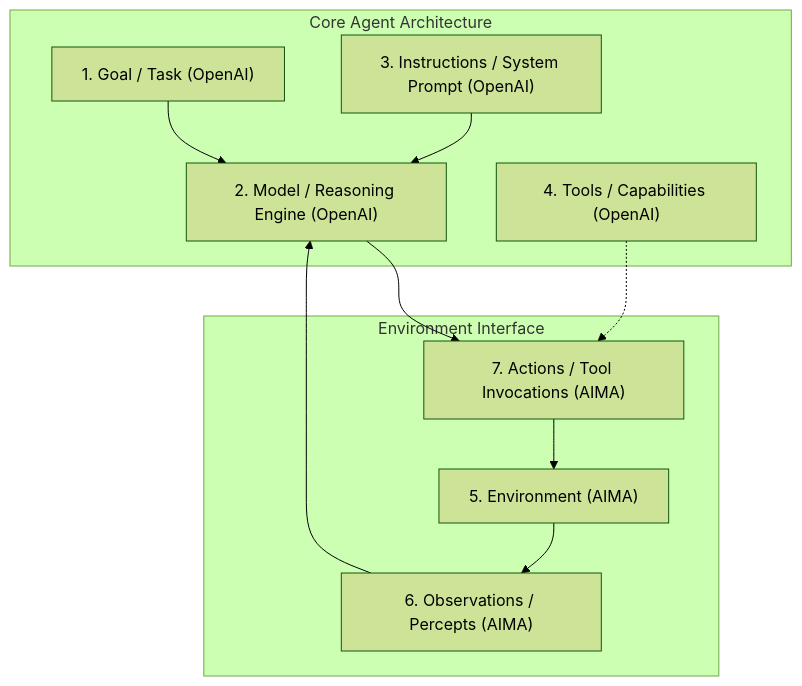
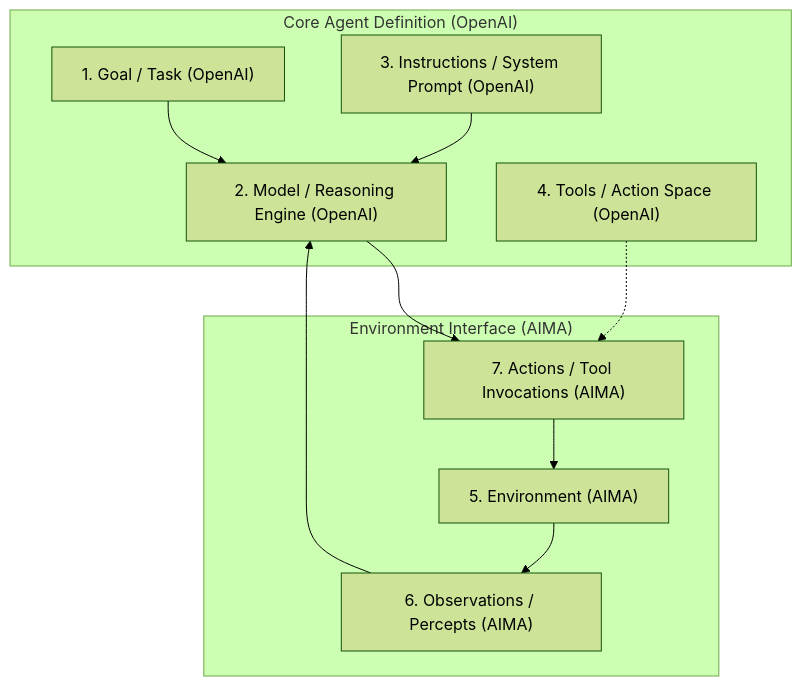
Before and after one commit to sivaskm/agentic-ai-engineering: the third of 6 diagrams in module-01-agentic-ai-foundations/content/02-anatomy-of-an-agent-and-state.md, drawn with Mermaid (forest theme). The commit also changed other lines of this file, not shown here.

Commit message:
docs(module-01): refine Unit 1.1 and 1.2 with AIMA, OpenAI Agents SDK, and Anthropic research references

````diff
--- a/module-01-agentic-ai-foundations/content/02-anatomy-of-an-agent-and-state.md
+++ b/module-01-agentic-ai-foundations/content/02-anatomy-of-an-agent-and-state.md
@@ -94,23 +94,23 @@
 ```mermaid
 flowchart TD
-    subgraph AgentCore ["Core Agent Architecture"]
+    subgraph AgentCore ["Core Agent Definition (OpenAI)"]
         Goal["1. Goal / Task (OpenAI)"]
         Instr["3. Instructions / System Prompt (OpenAI)"]
         Model["2. Model / Reasoning Engine (OpenAI)"]
-        Tools["4. Tools / Capabilities (OpenAI)"]
+        Tools["4. Tools / Action Space (OpenAI)"]
     end
 
-    subgraph WorldInteraction ["Environment Interface"]
+    subgraph WorldInteraction ["Environment Interface (AIMA)"]
         Actions["7. Actions / Tool Invocations (AIMA)"]
         Env["5. Environment (AIMA)"]
         Obs["6. Observations / Percepts (AIMA)"]
     end
 
     Goal --> Model
     Instr --> Model
     Model --> Actions
     Tools -.-> Actions
     Actions --> Env
     Env --> Obs
     Obs --> Model
 ```
````
